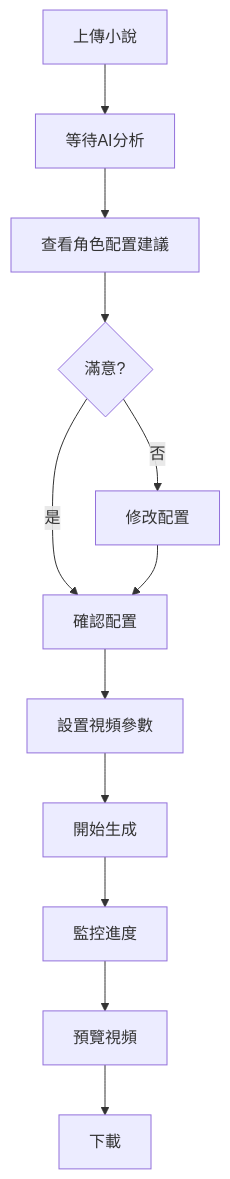
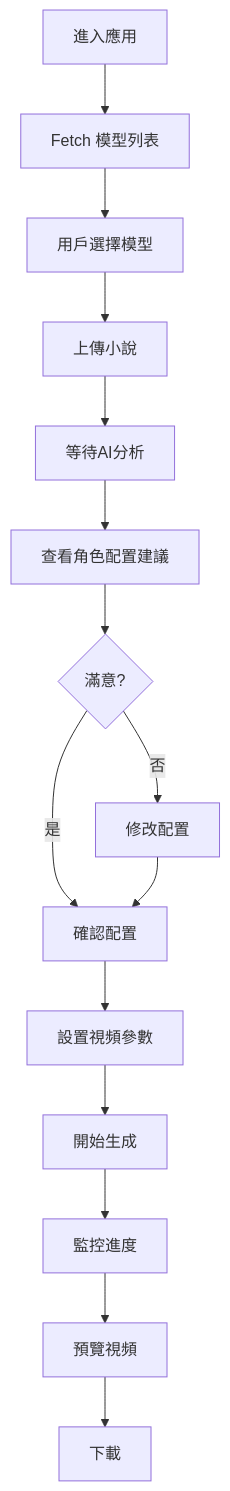
The fourth of 5 diagrams in plans/architecture-v2.md (BYLinMou/GenVideo), drawn with Mermaid before and after one commit. The commit also changed other lines of this file and 4 other files, not shown here.

````diff
--- a/plans/architecture-v2.md
+++ b/plans/architecture-v2.md
@@ -233,14 +280,17 @@
 ```mermaid
 graph TD
-    A[上傳小說] --> B[等待AI分析]
-    B --> C[查看角色配置建議]
-    C --> D{滿意?}
-    D -->|是| E[確認配置]
-    D -->|否| F[修改配置]
-    F --> E
-    E --> G[設置視頻參數]
-    G --> H[開始生成]
-    H --> I[監控進度]
-    I --> J[預覽視頻]
-    J --> K[下載]
+    A[進入應用] --> B[Fetch 模型列表]
+    B --> C[用戶選擇模型]
+    C --> D[上傳小說]
+    D --> E[等待AI分析]
+    E --> F[查看角色配置建議]
+    F --> G{滿意?}
+    G -->|是| H[確認配置]
+    G -->|否| I[修改配置]
+    I --> H
+    H --> J[設置視頻參數]
+    J --> K[開始生成]
+    K --> L[監控進度]
+    L --> M[預覽視頻]
+    M --> N[下載]
 ```
````
